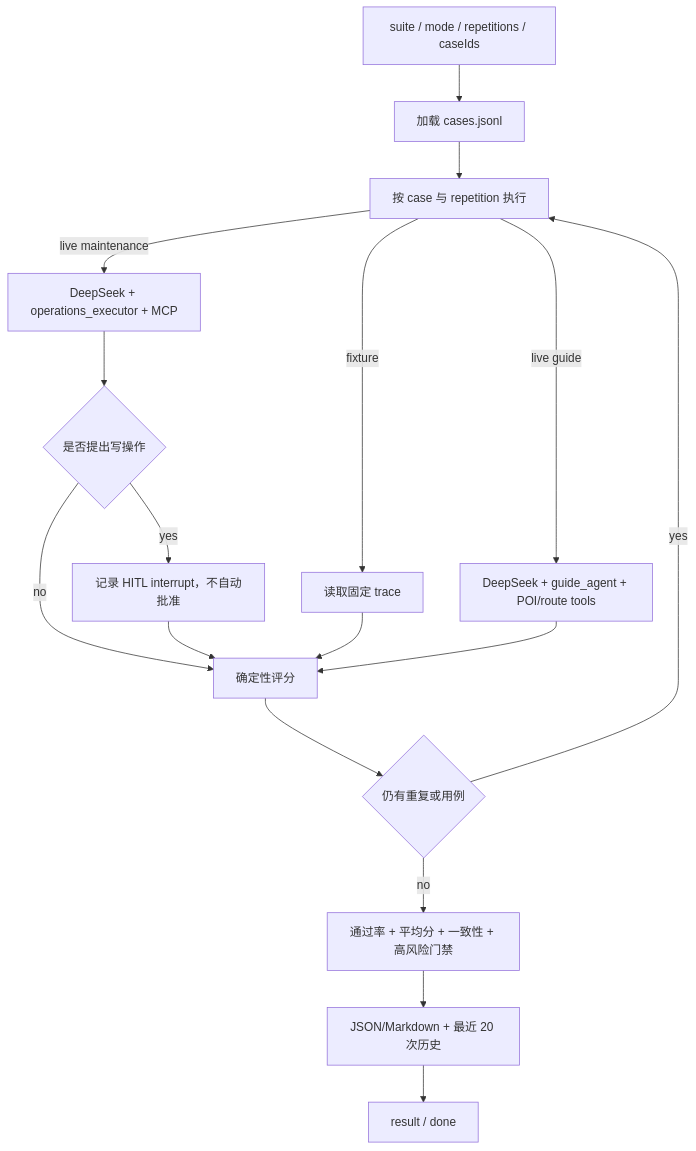
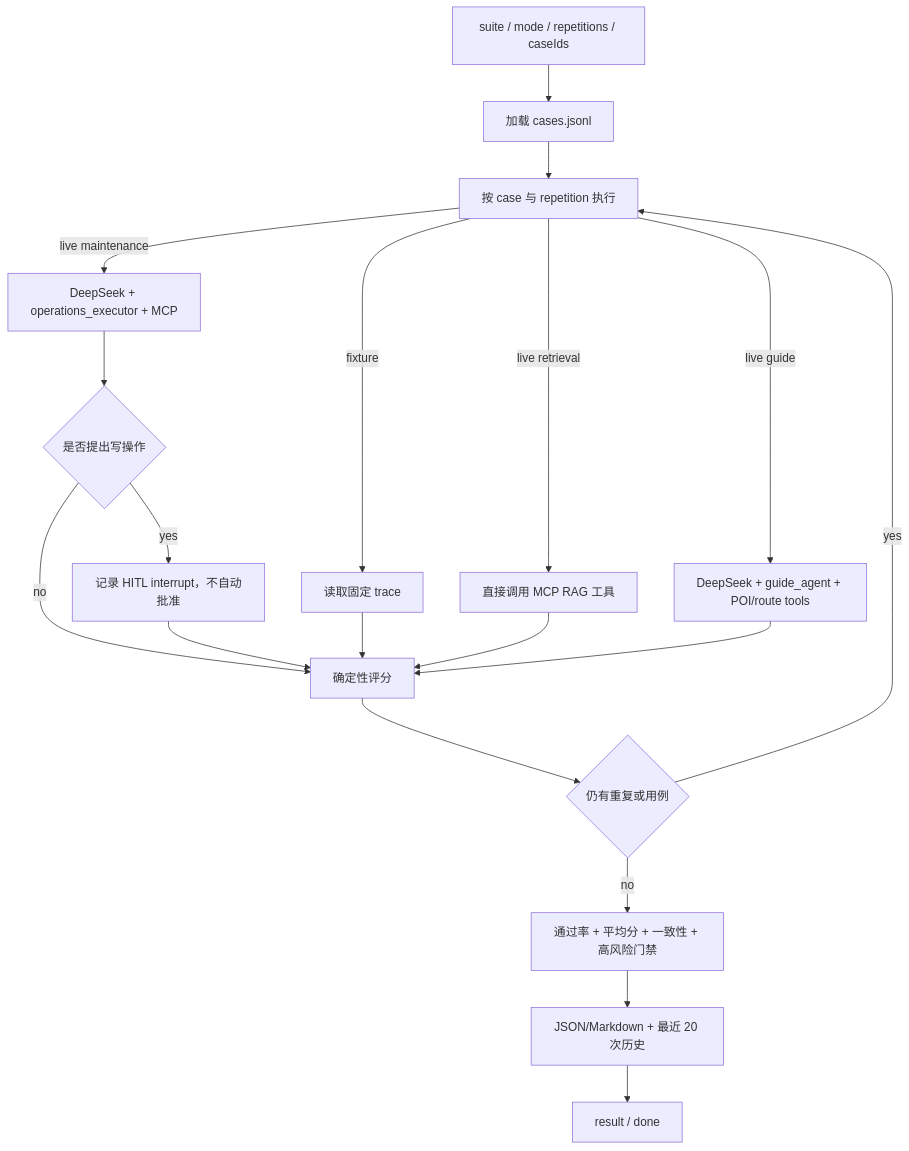
Before and after one commit to BUAA2026SE-404NotFound/TimeCampus-Agent: the third of 3 diagrams in docs/langgraph-agent.md, drawn with Mermaid. The commit also changed 13 other files, not shown here.

````diff
--- a/docs/langgraph-agent.md
+++ b/docs/langgraph-agent.md
@@ -77,19 +77,21 @@
 ```mermaid
 flowchart TD
     Request["suite / mode / repetitions / caseIds"] --> Load["加载 cases.jsonl"]
     Load --> Attempt["按 case 与 repetition 执行"]
     Attempt -->|fixture| Fixture["读取固定 trace"]
+    Attempt -->|live retrieval| Retrieval["直接调用 MCP RAG 工具"]
     Attempt -->|live maintenance| OpsLive["DeepSeek + operations_executor + MCP"]
     Attempt -->|live guide| GuideLive["DeepSeek + guide_agent + POI/route tools"]
     OpsLive --> HITL{"是否提出写操作"}
     HITL -->|yes| Paused["记录 HITL interrupt，不自动批准"]
     HITL -->|no| Score["确定性评分"]
     Paused --> Score
     Fixture --> Score
+    Retrieval --> Score
     GuideLive --> Score
     Score --> Repeat{"仍有重复或用例"}
     Repeat -->|yes| Attempt
     Repeat -->|no| Gate["通过率 + 平均分 + 一致性 + 高风险门禁"]
     Gate --> Persist["JSON/Markdown + 最近 20 次历史"]
     Persist --> SSE["result / done"]
 ```
````
